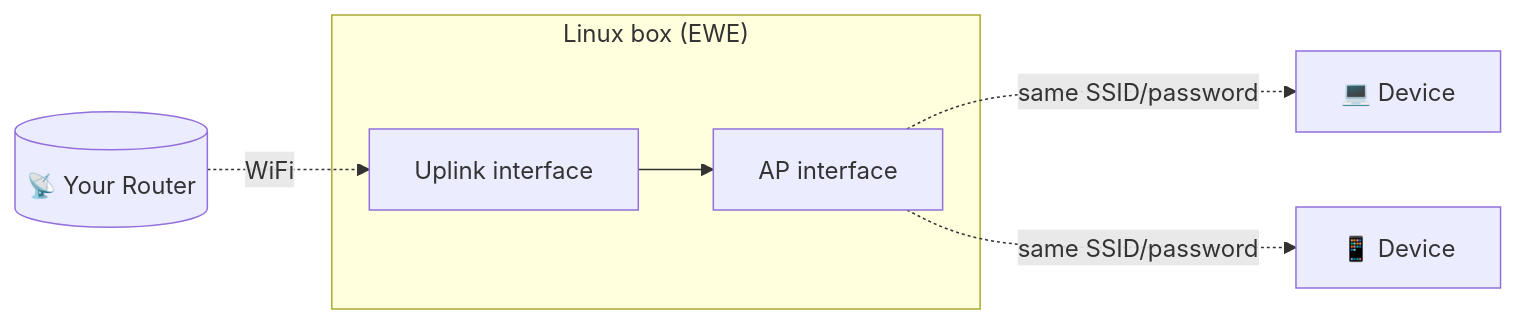
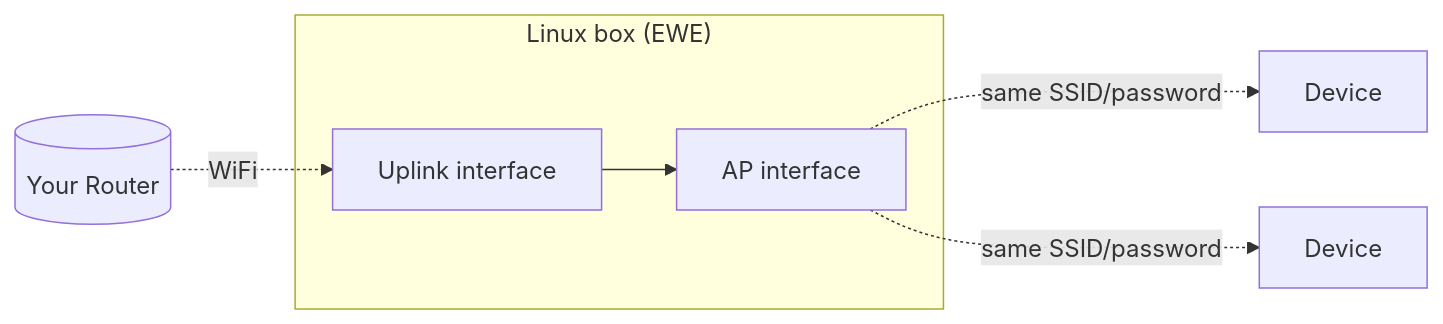
One commit to PauWol/E.W.E changed the diagram in README.md. Above: the diagram before and after it, drawn with Mermaid.

````diff
--- a/README.md
+++ b/README.md
@@ -22,9 +22,9 @@
 ```mermaid
 flowchart LR
-    R[("📡 Your Router")] -.WiFi.-> U[Uplink interface]
+    R[("Your Router")] -.WiFi.-> U[Uplink interface]
     subgraph Box["Linux box (EWE)"]
         U --> A[AP interface]
     end
-    A -.same SSID/password.-> D1[💻 Device]
-    A -.same SSID/password.-> D2[📱 Device]
+    A -.same SSID/password.-> D1[Device]
+    A -.same SSID/password.-> D2[Device]
 ```
````
